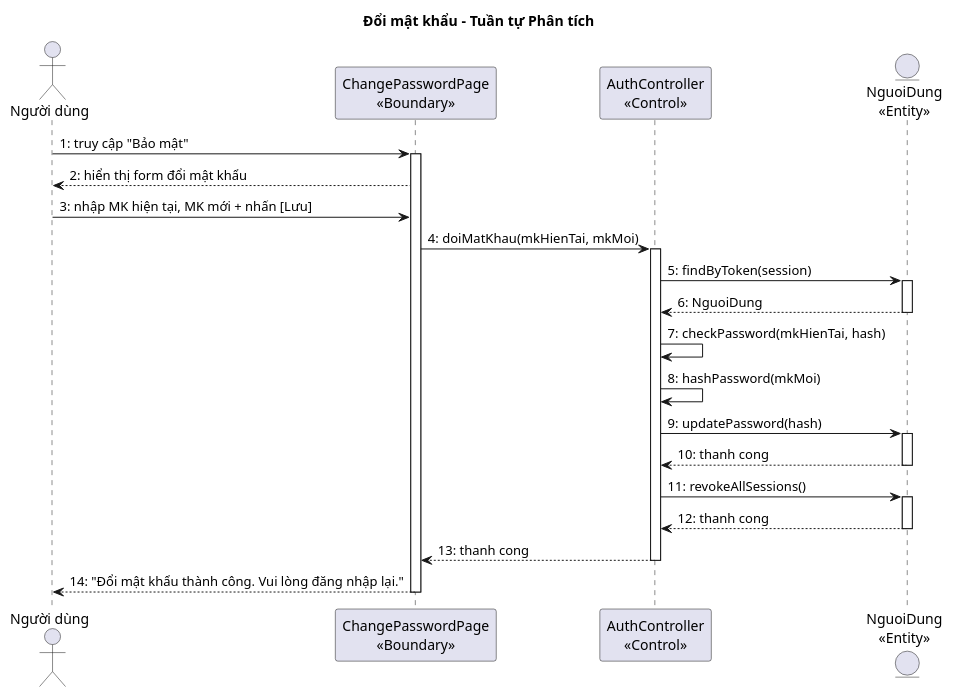
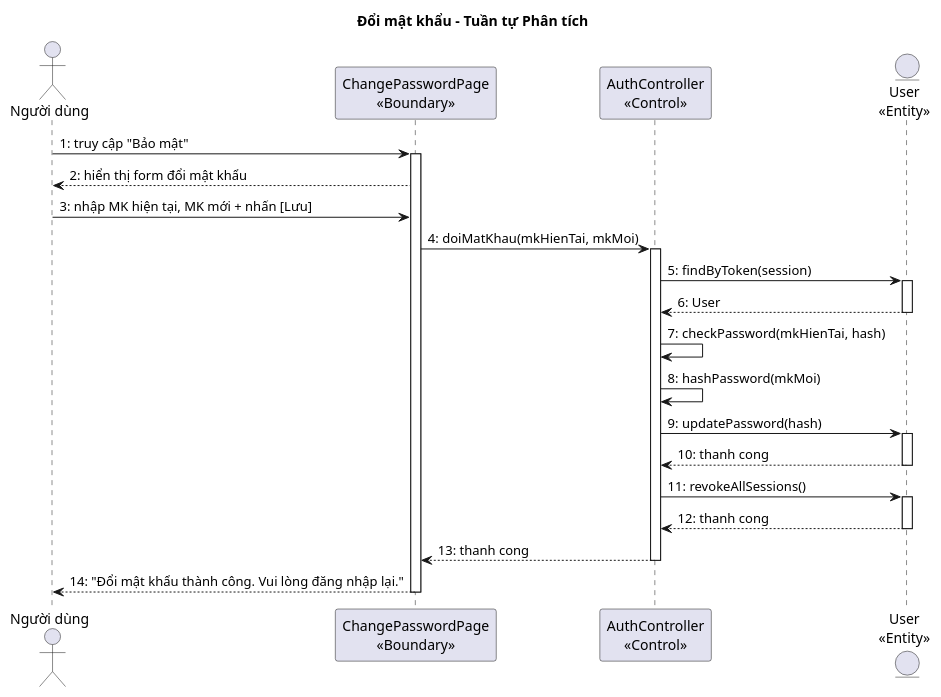
Before and after one commit to thanhtrnnn/cnpm: the third of 5 diagrams in docs/tabs/section-account-ii.md, drawn with PlantUML. The commit also changed other lines of this file and 15 other files, not shown here.

````diff
--- a/docs/tabs/section-account-ii.md
+++ b/docs/tabs/section-account-ii.md
@@ -336,35 +336,35 @@
 ```plantuml
 @startuml
 title Đổi mật khẩu – Tuần tự Phân tích
 
 actor "Người dùng" as User
 participant "ChangePasswordPage\n<<Boundary>>" as B1
 participant "AuthController\n<<Control>>" as C1
-entity "NguoiDung\n<<Entity>>" as E1
+entity "User\n<<Entity>>" as E1
 
 User -> B1 : 1: truy cập "Bảo mật"
 activate B1
 B1 --> User : 2: hiển thị form đổi mật khẩu
 User -> B1 : 3: nhập MK hiện tại, MK mới + nhấn [Lưu]
 B1 -> C1 : 4: doiMatKhau(mkHienTai, mkMoi)
 activate C1
 C1 -> E1 : 5: findByToken(session)
 activate E1
-E1 --> C1 : 6: NguoiDung
+E1 --> C1 : 6: User
 deactivate E1
 C1 -> C1 : 7: checkPassword(mkHienTai, hash)
 C1 -> C1 : 8: hashPassword(mkMoi)
 C1 -> E1 : 9: updatePassword(hash)
 activate E1
 E1 --> C1 : 10: thanh cong
 deactivate E1
 C1 -> E1 : 11: revokeAllSessions()
 activate E1
 E1 --> C1 : 12: thanh cong
 deactivate E1
 C1 --> B1 : 13: thanh cong
 deactivate C1
 B1 --> User : 14: "Đổi mật khẩu thành công. Vui lòng đăng nhập lại."
 deactivate B1
 @enduml
 ```
````
